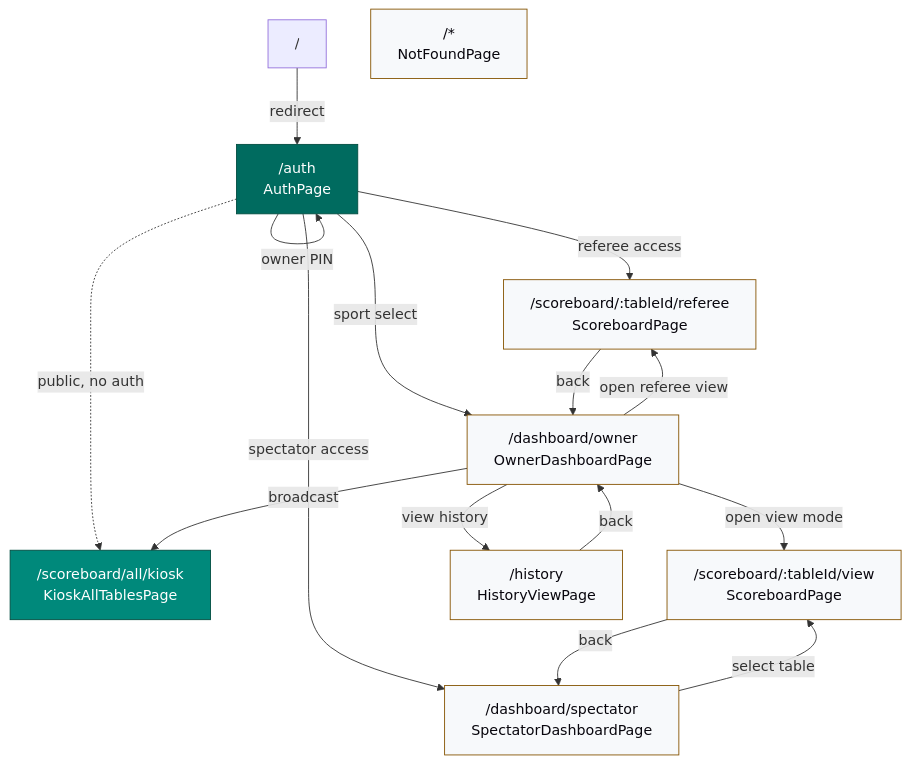
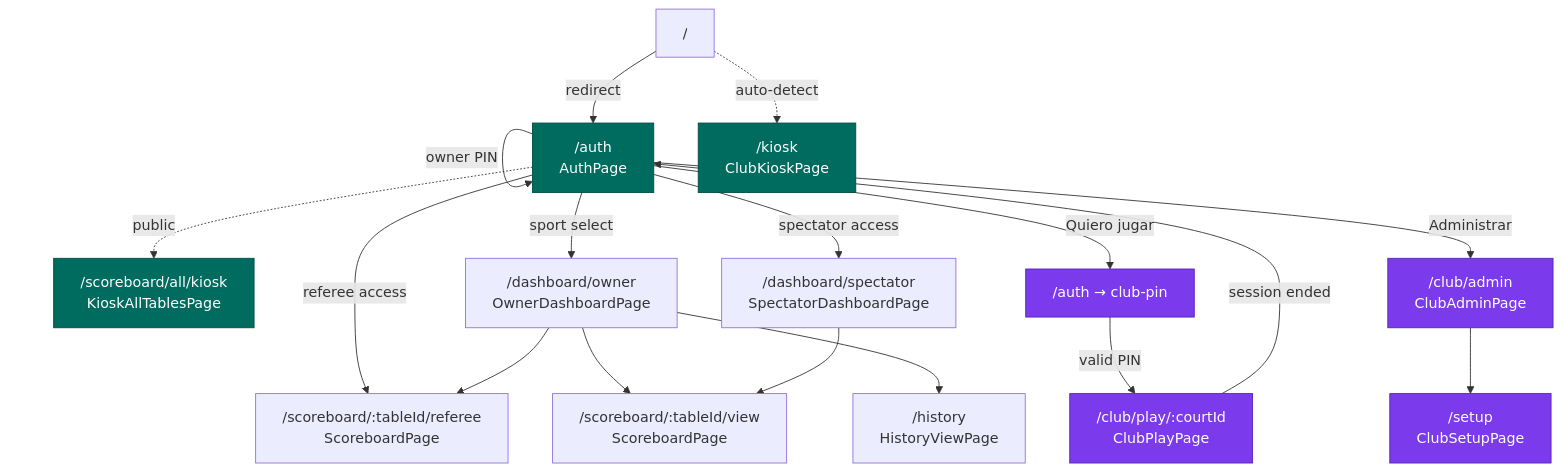
Before and after one commit to felipe90/rallyOS-hub: the second of 2 diagrams in README.md, drawn with Mermaid. The commit also changed other lines of this file and 55 other files, not shown here.

````diff
--- a/README.md
+++ b/README.md
@@ -165,51 +100,39 @@
 ```mermaid
 flowchart TD
-    %% Entry point
     ROOT["/"] -->|redirect| AUTH
 
-    %% Public routes
     AUTH["/auth<br/>AuthPage"] -->|owner PIN| AUTH
     AUTH -->|referee access| SCOREBOARD_R
     AUTH -->|spectator access| SPECTATOR
-    AUTH -.->|public, no auth| KIOSK
+    AUTH -.->|public| KIOSK
     AUTH -->|sport select| OWNER
+    AUTH -->|"Quiero jugar"| CLUB_PIN
+    AUTH -->|"Administrar"| CLUB_ADMIN
 
-    %% Protected dashboards
+    CLUB_PIN["/auth → club-pin"] -->|valid PIN| CLUB_PLAY
+    CLUB_PLAY["/club/play/:courtId<br/>ClubPlayPage"]
+    CLUB_ADMIN["/club/admin<br/>ClubAdminPage"]
+    CLUB_SETUP["/setup<br/>ClubSetupPage"]
+
     OWNER["/dashboard/owner<br/>OwnerDashboardPage"]
     SPECTATOR["/dashboard/spectator<br/>SpectatorDashboardPage"]
-
-    %% Scoreboard (two modes, same component)
     SCOREBOARD_R["/scoreboard/:tableId/referee<br/>ScoreboardPage"]
     SCOREBOARD_V["/scoreboard/:tableId/view<br/>ScoreboardPage"]
-
-    %% Kiosk
     KIOSK["/scoreboard/all/kiosk<br/>KioskAllTablesPage"]
-
-    %% History
+    CLUB_KIOSK["/kiosk<br/>ClubKioskPage"]
     HISTORY["/history<br/>HistoryViewPage"]
 
-    %% Not found
-    NOT_FOUND["/*<br/>NotFoundPage"]
+    OWNER --> SCOREBOARD_R & SCOREBOARD_V & HISTORY
+    SPECTATOR --> SCOREBOARD_V
+    CLUB_ADMIN --> CLUB_SETUP
+    CLUB_PLAY -->|session ended| AUTH
+    ROOT -.->|auto-detect| CLUB_KIOSK
 
-    %% Cross-navigation
-    OWNER -->|open referee view| SCOREBOARD_R
-    OWNER -->|open view mode| SCOREBOARD_V
-    OWNER -->|view history| HISTORY
-    HISTORY -->|back| OWNER
-
-    OWNER -->|broadcast| KIOSK
-
-    SPECTATOR -->|select table| SCOREBOARD_V
-
-    SCOREBOARD_R -->|back| OWNER
-    SCOREBOARD_V -->|back| SPECTATOR
-
-    %% Styling
     classDef public fill:#006b5f,stroke:#004d40,color:#fff
-    classDef protected fill:#f7f9fb,stroke:#855300,color:#08060d
+    classDef club fill:#7c3aed,stroke:#5b21b6,color:#fff
     classDef kiosk fill:#00897b,stroke:#004d40,color:#fff
 
-    class AUTH,KIOSK public
-    class OWNER,SCOREBOARD_R,SCOREBOARD_V,SPECTATOR,HISTORY,NOT_FOUND protected
-    class KIOSK kiosk
+    class AUTH,KIOSK,CLUB_KIOSK public
+    class OWNER,SCOREBOARD_R,SCOREBOARD_V,SPECTATOR,HISTORY protected
+    class CLUB_PIN,CLUB_PLAY,CLUB_ADMIN,CLUB_SETUP club
 ```
````
